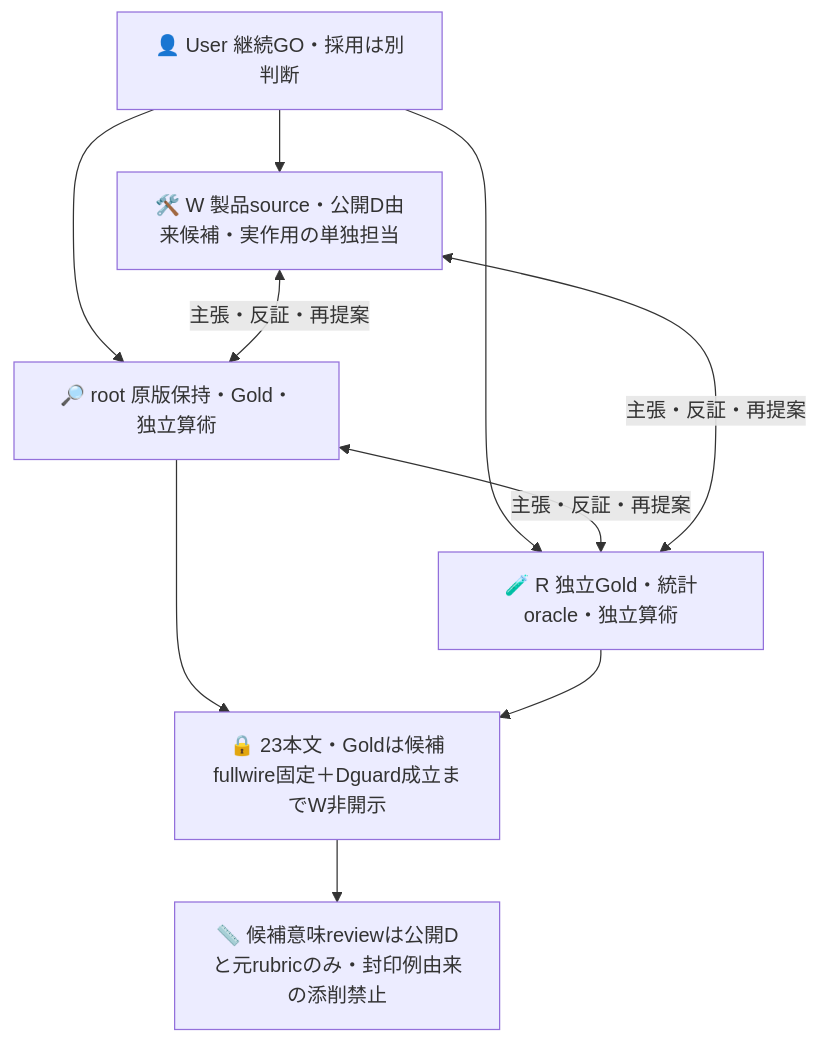
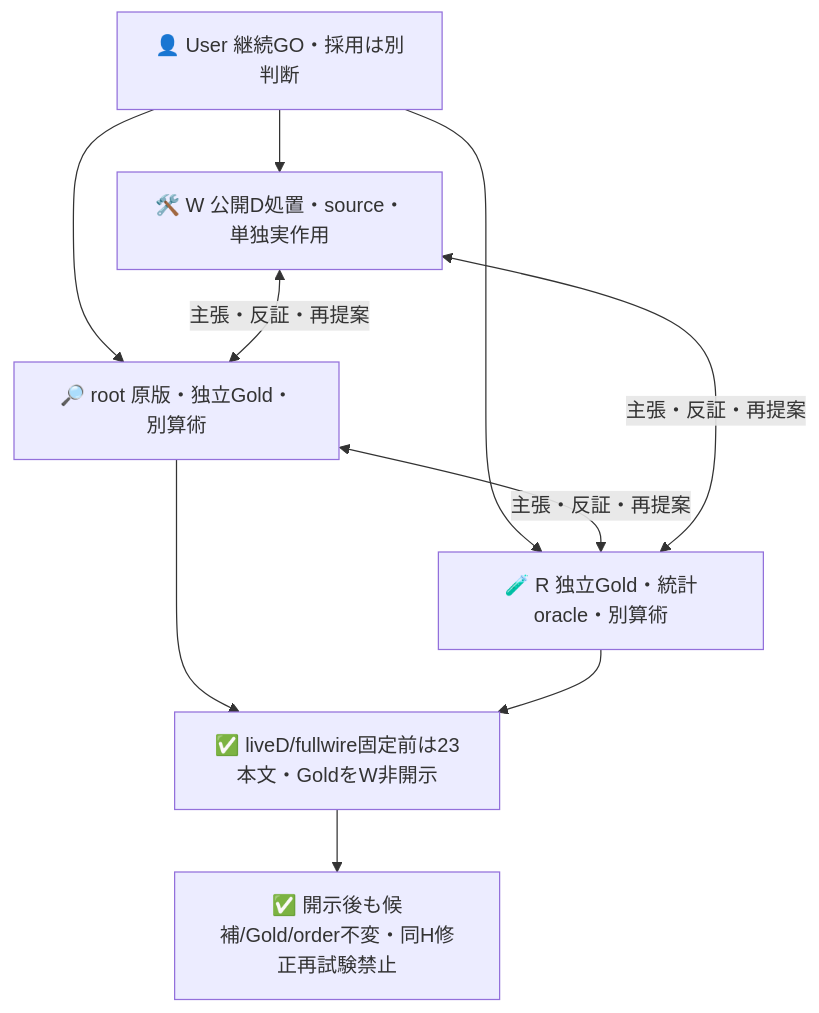
The first of 2 diagrams in experiments/sys1-eval-loop/reserve/README.md (roccho-org/ops), drawn with Mermaid before and after one commit. The commit also changed other lines of this file and 9 other files, not shown here.

````diff
--- a/experiments/sys1-eval-loop/reserve/README.md
+++ b/experiments/sys1-eval-loop/reserve/README.md
@@ -85,12 +77,12 @@
 ```mermaid
 flowchart TB
-  U[👤 User 継続GO・採用は別判断] --> W[🛠️ W 製品source・公開D由来候補・実作用の単独担当]
-  U --> P[🔎 root 原版保持・Gold・独立算術]
-  U --> R[🧪 R 独立Gold・統計oracle・独立算術]
+  U[👤 User 継続GO・採用は別判断] --> W[🛠️ W 公開D処置・source・単独実作用]
+  U --> P[🔎 root 原版・独立Gold・別算術]
+  U --> R[🧪 R 独立Gold・統計oracle・別算術]
   W <-->|主張・反証・再提案| P
   P <-->|主張・反証・再提案| R
   R <-->|主張・反証・再提案| W
-  P --> K[🔒 23本文・Goldは候補fullwire固定＋Dguard成立までW非開示]
+  P --> K[✅ liveD/fullwire固定前は23本文・GoldをW非開示]
   R --> K
-  K --> B[📏 候補意味reviewは公開Dと元rubricのみ・封印例由来の添削禁止]
+  K --> L[✅ 開示後も候補/Gold/order不変・同H修正再試験禁止]
 ```
````
